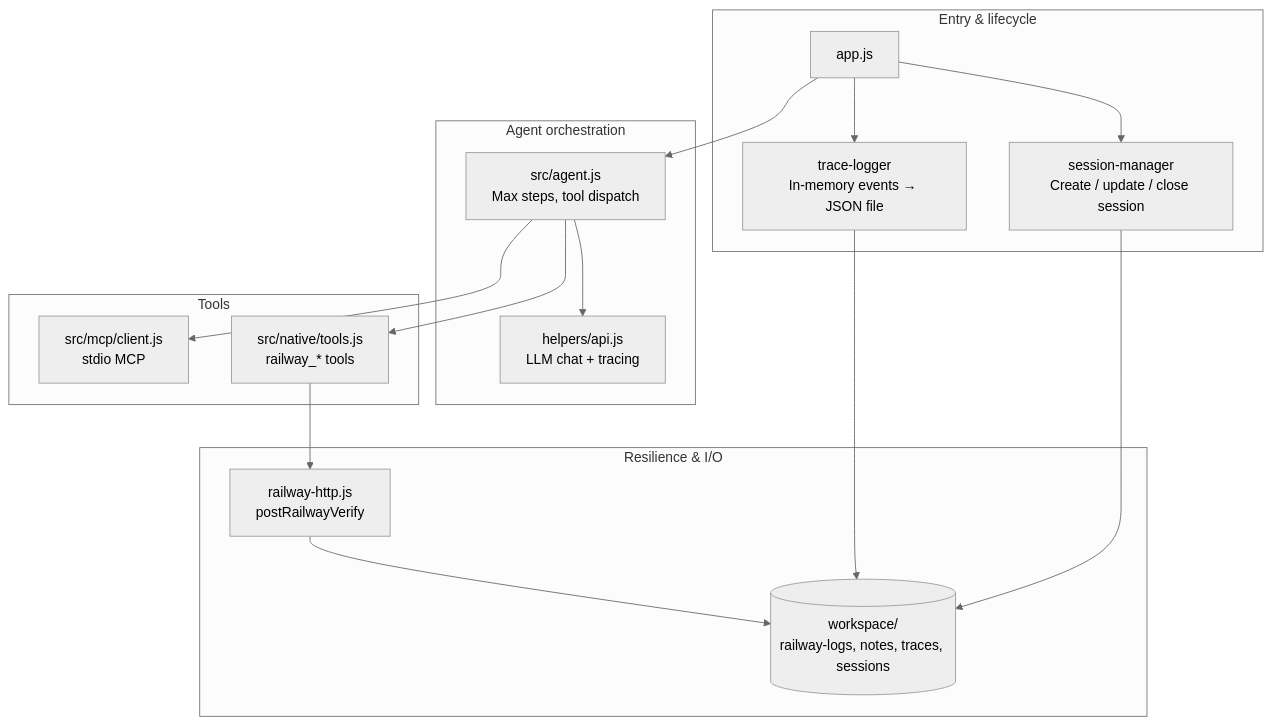
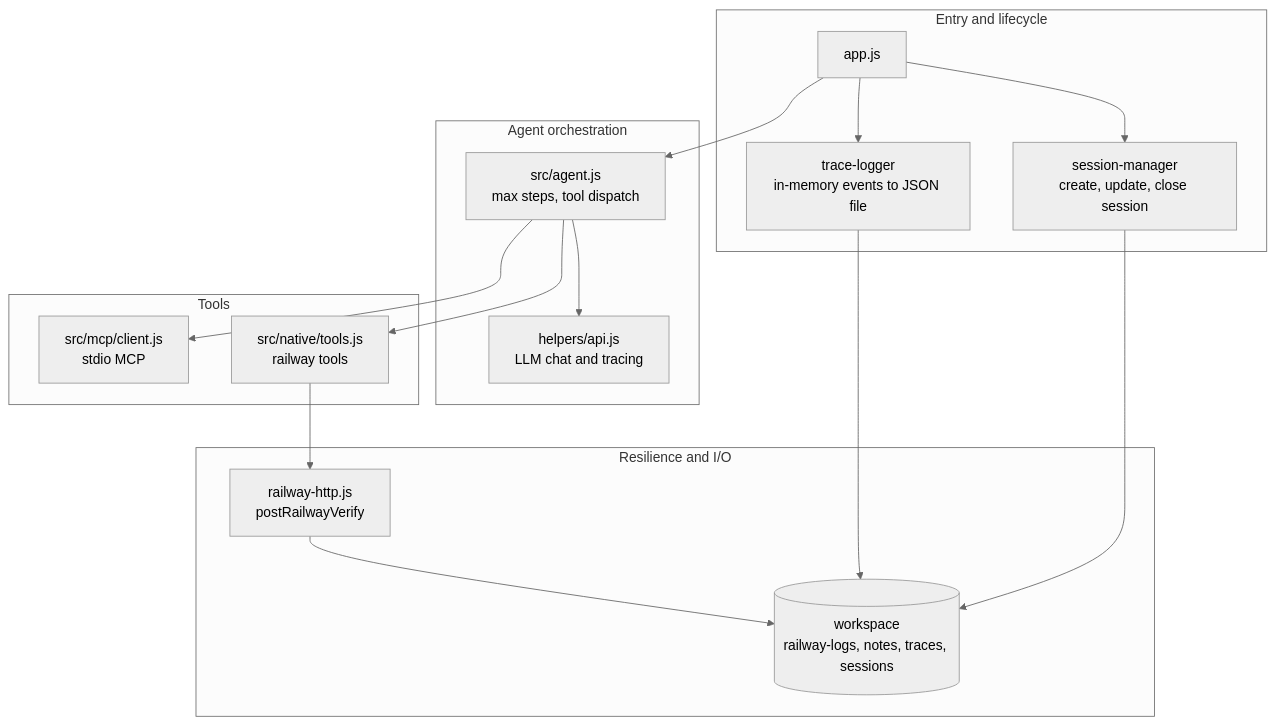
One commit to rafsaw/4th-devs changed the second of 5 diagrams in 01_05_zadanie/ARCHITECTURE_AND_BUSINESS.md. Above: the diagram before and after it, drawn with Mermaid (neutral theme). The commit also changed other lines of this file, not shown here.

Commit message:
Refactor architecture documentation in 01_05_zadanie: Update flowchart labels for clarity and consistency, enhancing readability of agent and tool interactions. Adjusted sequence diagram for improved understanding of HTTP retry logic and tool execution flow.

````diff
--- a/01_05_zadanie/ARCHITECTURE_AND_BUSINESS.md
+++ b/01_05_zadanie/ARCHITECTURE_AND_BUSINESS.md
@@ -68,34 +68,34 @@
 ```mermaid
 flowchart TB
-  subgraph Entry["Entry & lifecycle"]
+  subgraph Entry["Entry and lifecycle"]
     APP[app.js]
-    SESS[session-manager\nCreate / update / close session]
-    TR[trace-logger\nIn-memory events → JSON file]
+    SESS["session-manager<br/>create, update, close session"]
+    TR["trace-logger<br/>in-memory events to JSON file"]
   end
 
   subgraph Orchestration["Agent orchestration"]
-    RUN[src/agent.js\nMax steps, tool dispatch]
-    CHAT[helpers/api.js\nLLM chat + tracing]
+    RUN["src/agent.js<br/>max steps, tool dispatch"]
+    CHAT["helpers/api.js<br/>LLM chat and tracing"]
   end
 
   subgraph Tools["Tools"]
-    MCP[src/mcp/client.js\nstdio MCP]
-    NT[src/native/tools.js\nrailway_* tools]
+    MCP["src/mcp/client.js<br/>stdio MCP"]
+    NT["src/native/tools.js<br/>railway tools"]
   end
 
-  subgraph Resilience["Resilience & I/O"]
-    RH[railway-http.js\npostRailwayVerify]
-    WS[(workspace/\nrailway-logs, notes, traces, sessions)]
+  subgraph Resilience["Resilience and I/O"]
+    RH["railway-http.js<br/>postRailwayVerify"]
+    WS[("workspace<br/>railway-logs, notes, traces, sessions")]
   end
 
   APP --> SESS
   APP --> TR
   APP --> RUN
   RUN --> CHAT
   RUN --> MCP
   RUN --> NT
   NT --> RH
   RH --> WS
   TR --> WS
   SESS --> WS
 ```
````
